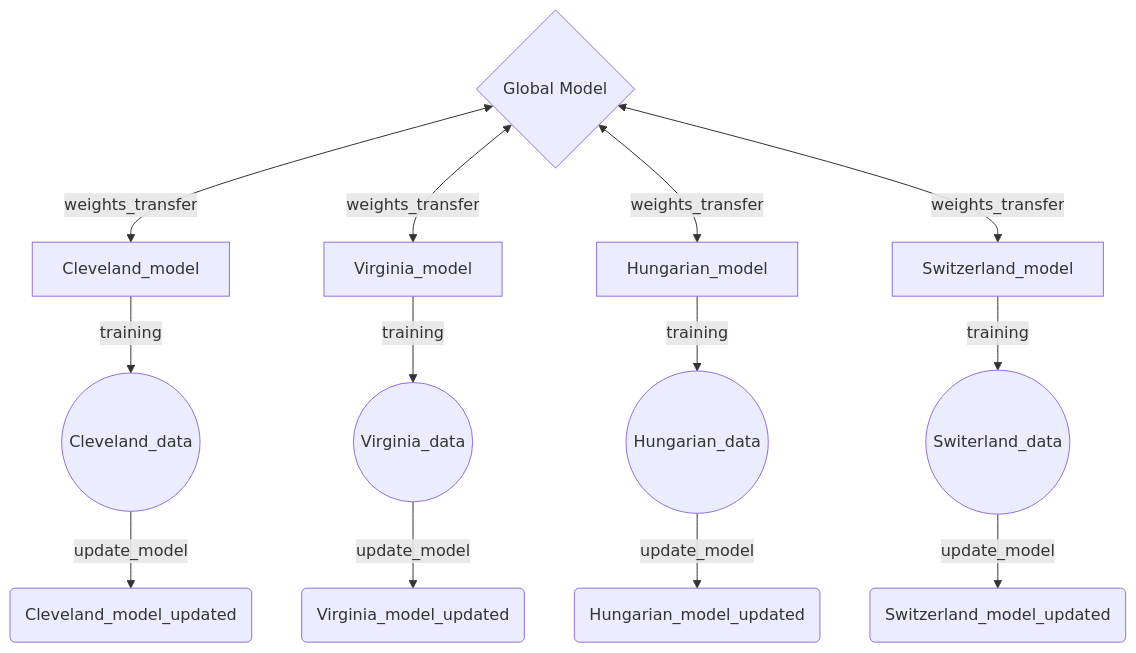
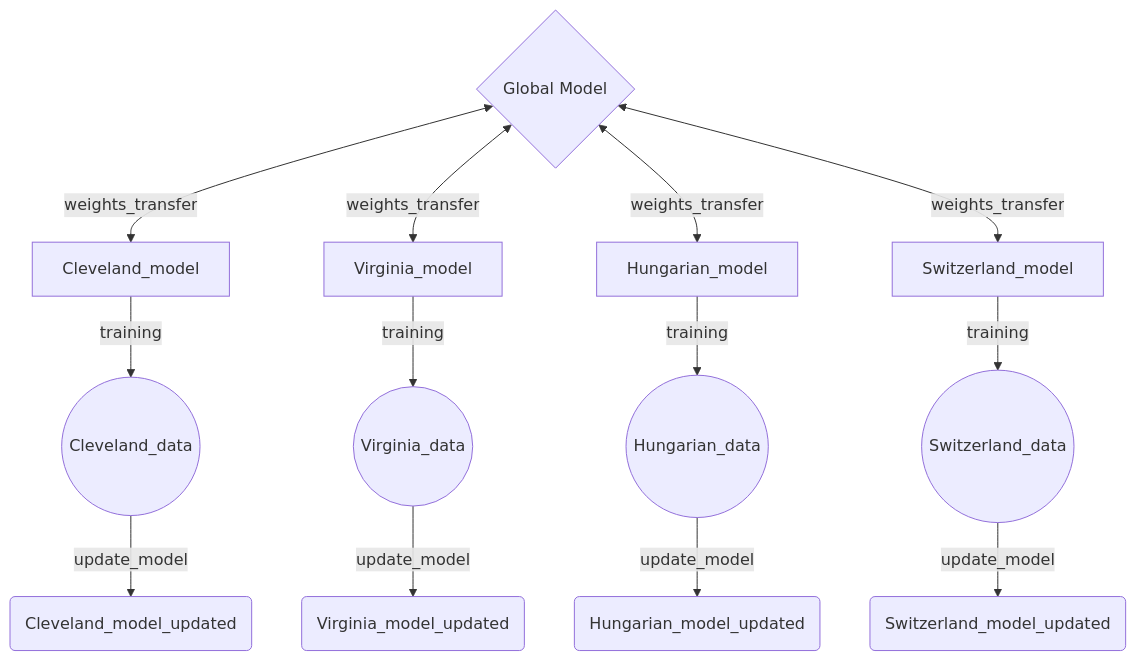
One commit to matsudatakeshi27/HeartDiseasePakula changed the diagram in README.md. Above: the diagram before and after it, drawn with Mermaid.

````diff
--- a/README.md
+++ b/README.md
@@ -59,18 +59,18 @@
 ```mermaid
 graph TB
     A{Global Model} <-- weights_transfer --> B[Cleveland_model]
     A{Global Model} <-- weights_transfer --> C[Virginia_model]
     A{Global Model} <-- weights_transfer --> D[Hungarian_model]
     A{Global Model} <-- weights_transfer --> E[Switzerland_model]
 
     B -- training --> F((Cleveland_data))
     C -- training --> G((Virginia_data))
     D -- training --> H((Hungarian_data))
-    E -- training --> I((Switerland_data))
+    E -- training --> I((Switzerland_data))
 
     F -- update_model --> J(Cleveland_model_updated)
     G -- update_model --> K(Virginia_model_updated)
     H -- update_model --> L(Hungarian_model_updated)
     I -- update_model --> M(Switzerland_model_updated)
 
 ```
````
